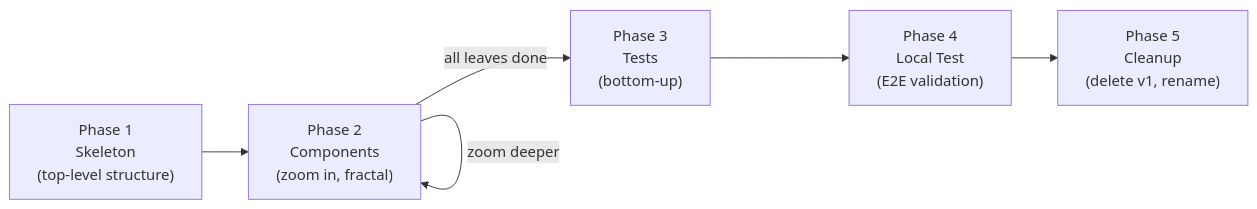
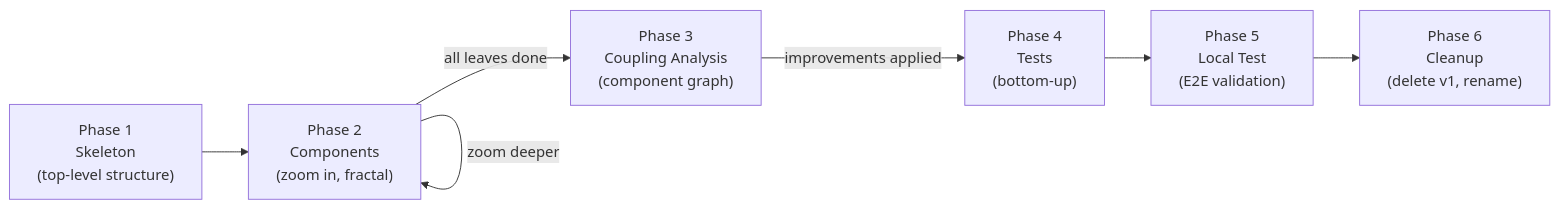
One commit to victorblaga/victor-claude-skills changed the diagram in skills/engineer/SKILL.md. Above: the diagram before and after it, drawn with Mermaid. The commit also changed other lines of this file, not shown here.

First line of the commit message:
add Phase 3: Coupling Analysis to engineer skill

````diff
--- a/skills/engineer/SKILL.md
+++ b/skills/engineer/SKILL.md
@@ -82,14 +82,16 @@
 ```mermaid
 flowchart LR
     SKELETON["Phase 1<br/>Skeleton<br/>(top-level structure)"]
     COMPONENTS["Phase 2<br/>Components<br/>(zoom in, fractal)"]
-    TESTS["Phase 3<br/>Tests<br/>(bottom-up)"]
-    LOCAL["Phase 4<br/>Local Test<br/>(E2E validation)"]
-    CLEANUP["Phase 5<br/>Cleanup<br/>(delete v1, rename)"]
+    COUPLING["Phase 3<br/>Coupling Analysis<br/>(component graph)"]
+    TESTS["Phase 4<br/>Tests<br/>(bottom-up)"]
+    LOCAL["Phase 5<br/>Local Test<br/>(E2E validation)"]
+    CLEANUP["Phase 6<br/>Cleanup<br/>(delete v1, rename)"]
 
     SKELETON --> COMPONENTS
     COMPONENTS -->|"zoom deeper"| COMPONENTS
-    COMPONENTS -->|"all leaves done"| TESTS
+    COMPONENTS -->|"all leaves done"| COUPLING
+    COUPLING -->|"improvements applied"| TESTS
     TESTS --> LOCAL
     LOCAL --> CLEANUP
 ```
````
